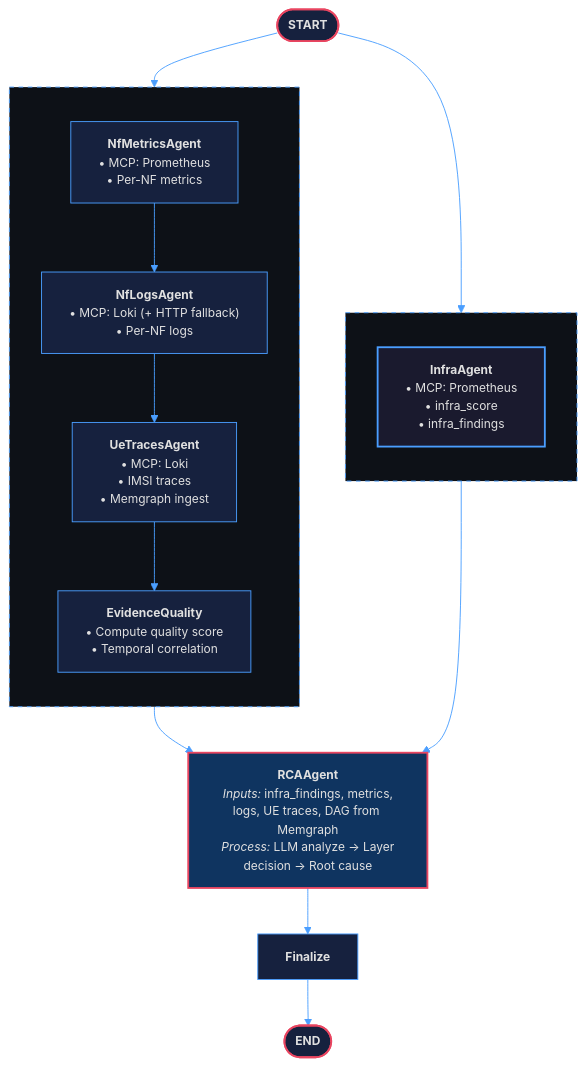
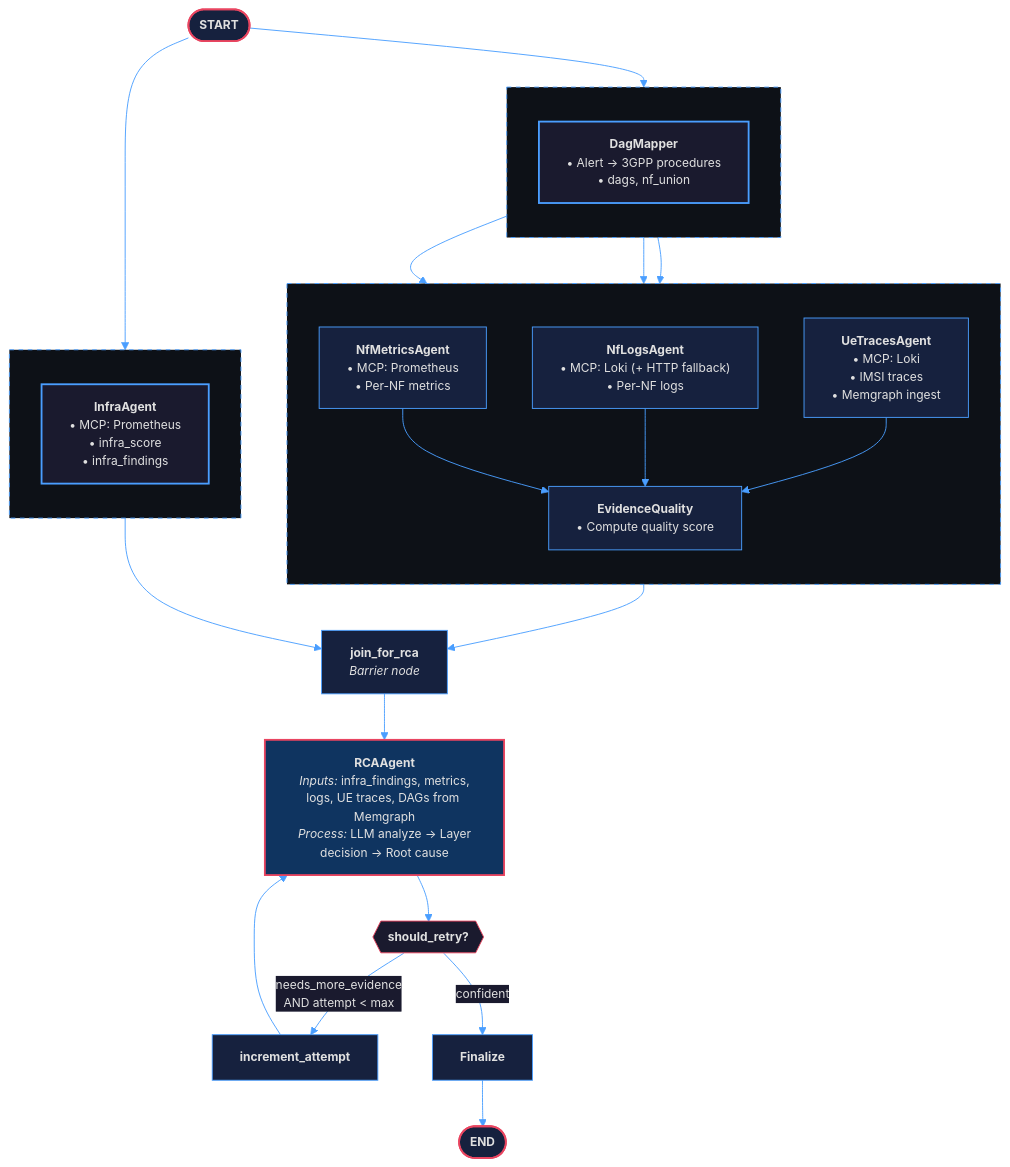
Before and after one commit to skapoula/5g-triage-agent: the diagram in docs/state_flow_diagram.mermaid, drawn with Mermaid. The commit also changed 2 other files, not shown here.

Commit message:
docs: update diagrams and architecture doc to reflect parallel fan-out, DagMapper, join_for_rca, and corrected state field names

```diff
--- a/docs/state_flow_diagram.mermaid
+++ b/docs/state_flow_diagram.mermaid
@@ -1,37 +1,56 @@
 %%{init: {'theme': 'base', 'themeVariables': { 'primaryColor': '#1a1a2e', 'primaryTextColor': '#e0e0e0', 'primaryBorderColor': '#4a9eff', 'lineColor': '#4a9eff', 'secondaryColor': '#16213e', 'tertiaryColor': '#0f3460', 'background': '#0d1117', 'mainBkg': '#1a1a2e', 'nodeBorder': '#4a9eff', 'clusterBkg': '#16213e', 'clusterBorder': '#4a9eff', 'edgeLabelBackground': '#1a1a2e', 'fontFamily': 'Inter, Segoe UI, sans-serif', 'fontSize': '13px' }}}%%
 flowchart TD
-    START(["<b>START</b>"]) --> INFRA & M
+    START(["<b>START</b>"]) --> INFRA & DAG
 
     subgraph left ["&nbsp;"]
         direction TB
         INFRA["<b>InfraAgent</b><br/>• MCP: Prometheus<br/>• infra_score<br/>• infra_findings"]
     end
 
+    subgraph middle ["&nbsp;"]
+        direction TB
+        DAG["<b>DagMapper</b><br/>• Alert → 3GPP procedures<br/>• dags, nf_union"]
+    end
+
     subgraph right ["&nbsp;"]
         direction TB
         M["<b>NfMetricsAgent</b><br/>• MCP: Prometheus<br/>• Per-NF metrics"]
-        M --> L["<b>NfLogsAgent</b><br/>• MCP: Loki (+ HTTP fallback)<br/>• Per-NF logs"]
-        L --> U["<b>UeTracesAgent</b><br/>• MCP: Loki<br/>• IMSI traces<br/>• Memgraph ingest"]
-        U --> EQ["<b>EvidenceQuality</b><br/>• Compute quality score<br/>• Temporal correlation"]
+        L["<b>NfLogsAgent</b><br/>• MCP: Loki (+ HTTP fallback)<br/>• Per-NF logs"]
+        U["<b>UeTracesAgent</b><br/>• MCP: Loki<br/>• IMSI traces<br/>• Memgraph ingest"]
+        EQ["<b>EvidenceQuality</b><br/>• Compute quality score"]
+        M --> EQ
+        L --> EQ
+        U --> EQ
     end
 
-    INFRA --> RCA
-    EQ --> RCA
+    DAG --> M
+    DAG --> L
+    DAG --> U
 
-    RCA["<b>RCAAgent</b><br/><i>Inputs:</i> infra_findings, metrics,<br/>logs, UE traces, DAG from Memgraph<br/><i>Process:</i> LLM analyze → Layer<br/>decision → Root cause"]
+    INFRA --> JOIN["<b>join_for_rca</b><br/><i>Barrier node</i>"]
+    EQ --> JOIN
 
-    RCA --> FIN["<b>Finalize</b>"]
+    JOIN --> RCA["<b>RCAAgent</b><br/><i>Inputs:</i> infra_findings, metrics,<br/>logs, UE traces, DAGs from Memgraph<br/><i>Process:</i> LLM analyze → Layer<br/>decision → Root cause"]
+
+    RCA --> RETRY{{"<b>should_retry?</b>"}}
+    RETRY -->|"needs_more_evidence<br/>AND attempt < max"| INC["<b>increment_attempt</b>"]
+    INC --> RCA
+    RETRY -->|confident| FIN["<b>Finalize</b>"]
     FIN --> END_NODE(["<b>END</b>"])
 
     style START fill:#16213e,stroke:#e94560,stroke-width:2px,color:#e0e0e0
     style INFRA fill:#1a1a2e,stroke:#4a9eff,stroke-width:2px,color:#e0e0e0
-
+    style DAG fill:#1a1a2e,stroke:#4a9eff,stroke-width:2px,color:#e0e0e0
     style M fill:#16213e,stroke:#4a9eff,stroke-width:1px,color:#e0e0e0
     style L fill:#16213e,stroke:#4a9eff,stroke-width:1px,color:#e0e0e0
     style U fill:#16213e,stroke:#4a9eff,stroke-width:1px,color:#e0e0e0
     style EQ fill:#16213e,stroke:#4a9eff,stroke-width:1px,color:#e0e0e0
+    style JOIN fill:#16213e,stroke:#4a9eff,stroke-width:1px,color:#e0e0e0
     style RCA fill:#0f3460,stroke:#e94560,stroke-width:2px,color:#e0e0e0
+    style RETRY fill:#1a1a2e,stroke:#e94560,stroke-width:1px,color:#e0e0e0
+    style INC fill:#16213e,stroke:#4a9eff,stroke-width:1px,color:#e0e0e0
     style FIN fill:#16213e,stroke:#4a9eff,stroke-width:1px,color:#e0e0e0
     style END_NODE fill:#16213e,stroke:#e94560,stroke-width:2px,color:#e0e0e0
     style left fill:#0d1117,stroke:#4a9eff,stroke-width:1px,stroke-dasharray: 5 5,color:#e0e0e0
+    style middle fill:#0d1117,stroke:#4a9eff,stroke-width:1px,stroke-dasharray: 5 5,color:#e0e0e0
     style right fill:#0d1117,stroke:#4a9eff,stroke-width:1px,stroke-dasharray: 5 5,color:#e0e0e0
```
